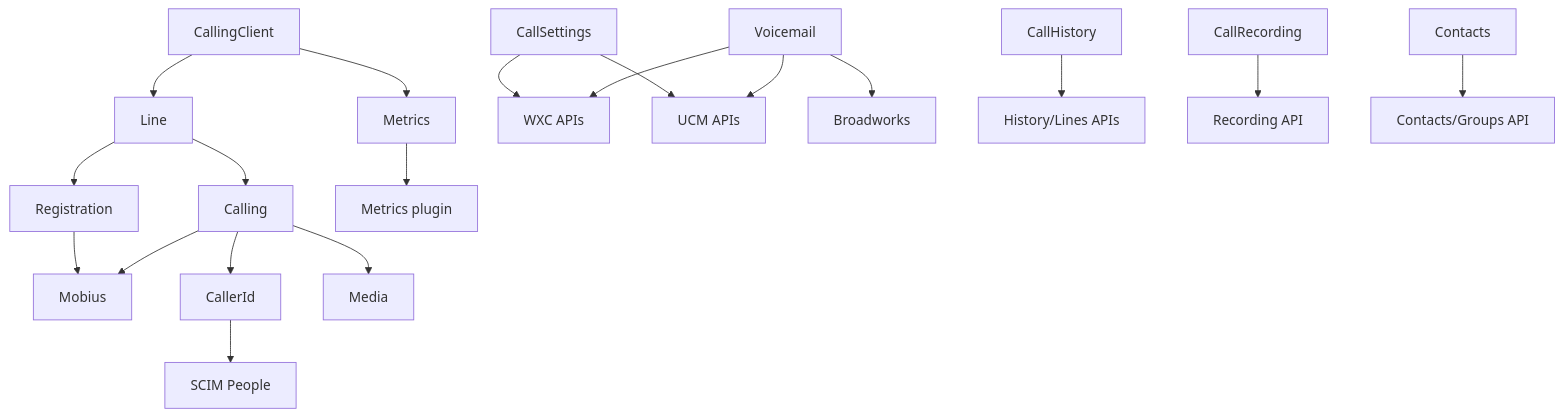
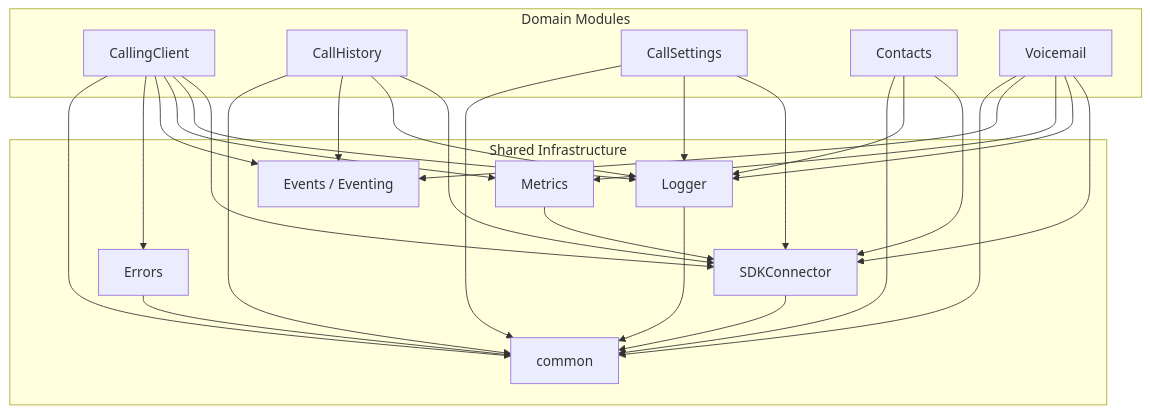
The sixth of 7 diagrams in packages/calling/ai-docs/ARCHITECTURE.md (webex/webex-js-sdk), drawn with Mermaid before and after one commit. The commit also changed other lines of this file and 59 other files, not shown here.

````diff
--- a/packages/calling/ai-docs/ARCHITECTURE.md
+++ b/packages/calling/ai-docs/ARCHITECTURE.md
@@ -81,16 +597,50 @@
 ```mermaid
-flowchart TD
-  CallingClient --> Line --> Registration --> Mobius
-  Line --> Calling --> Mobius
-  Calling --> CallerId --> SCIM[SCIM People]
-  Calling --> Media
-  CallingClient --> Metrics --> MetricsAPI[Metrics plugin]
-  CallSettings --> WXC[WXC APIs]
-  CallSettings --> UCM[UCM APIs]
-  Voicemail --> WXC
-  Voicemail --> UCM
-  Voicemail --> BW[Broadworks]
-  CallHistory --> Janus[History/Lines APIs]
-  CallRecording --> RecordingAPI[Recording API]
-  Contacts --> ContactAPI[Contacts/Groups API]
+graph TD
+    subgraph Domain Modules
+        CC[CallingClient]
+        CH[CallHistory]
+        CS[CallSettings]
+        CT[Contacts]
+        VM[Voicemail]
+    end
+
+    subgraph Shared Infrastructure
+        SDK[SDKConnector]
+        LOG[Logger]
+        MET[Metrics]
+        EVT[Events / Eventing]
+        ERR[Errors]
+        CMN[common]
+    end
+
+    CC --> SDK
+    CC --> LOG
+    CC --> MET
+    CC --> EVT
+    CC --> ERR
+    CC --> CMN
+
+    CH --> SDK
+    CH --> LOG
+    CH --> EVT
+    CH --> CMN
+
+    CS --> SDK
+    CS --> LOG
+    CS --> CMN
+
+    CT --> SDK
+    CT --> LOG
+    CT --> CMN
+
+    VM --> SDK
+    VM --> LOG
+    VM --> MET
+    VM --> EVT
+    VM --> CMN
+
+    MET --> SDK
+    SDK --> CMN
+    LOG --> CMN
+    ERR --> CMN
 ```
````
